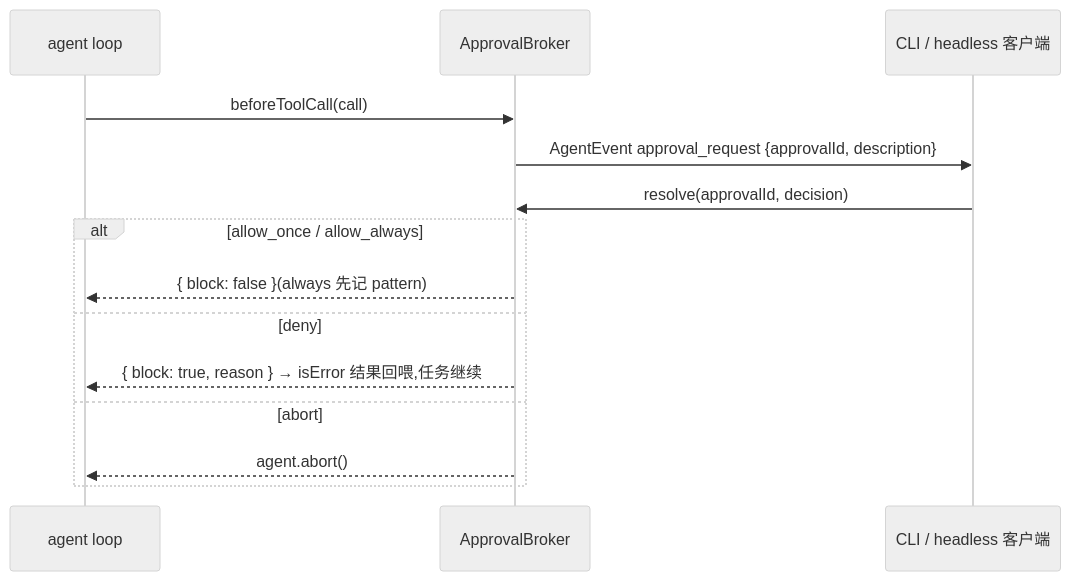
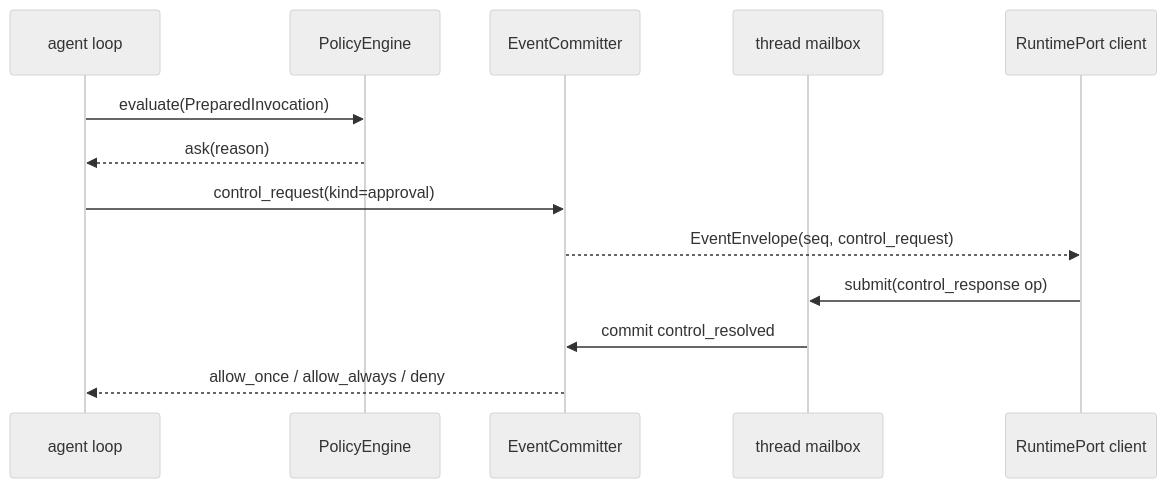
One commit to rita152/coda changed the second of 2 diagrams in docs/07-tools.md. Above: the diagram before and after it, drawn with Mermaid (neutral theme). The commit also changed other lines of this file and 14 other files, not shown here.

````diff
--- a/docs/07-tools.md
+++ b/docs/07-tools.md
@@ -354,16 +898,15 @@
 ```mermaid
 sequenceDiagram
   participant L as agent loop
-  participant B as ApprovalBroker
-  participant U as CLI / headless 客户端
-  L->>B: beforeToolCall(call)
-  B->>U: AgentEvent approval_request {approvalId, description}
-  U->>B: resolve(approvalId, decision)
-  alt allow_once / allow_always
-    B-->>L: { block: false }(always 先记 pattern)
-  else deny
-    B-->>L: { block: true, reason } → isError 结果回喂,任务继续
-  else abort
-    B-->>L: agent.abort()
-  end
+  participant P as PolicyEngine
+  participant C as EventCommitter
+  participant M as thread mailbox
+  participant U as RuntimePort client
+  L->>P: evaluate(PreparedInvocation)
+  P-->>L: ask(reason)
+  L->>C: control_request(kind=approval)
+  C-->>U: EventEnvelope(seq, control_request)
+  U->>M: submit(control_response op)
+  M->>C: commit control_resolved
+  C-->>L: allow_once / allow_always / deny
 ```
````
